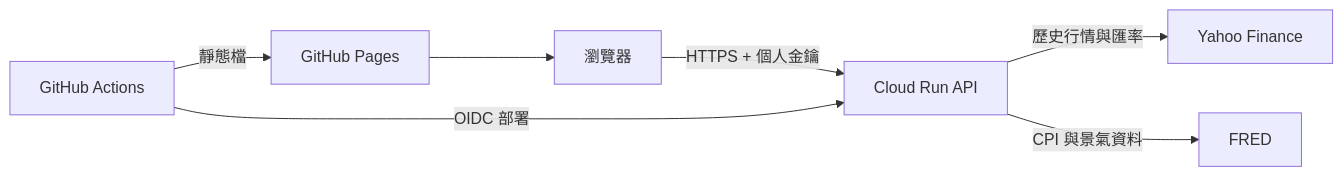
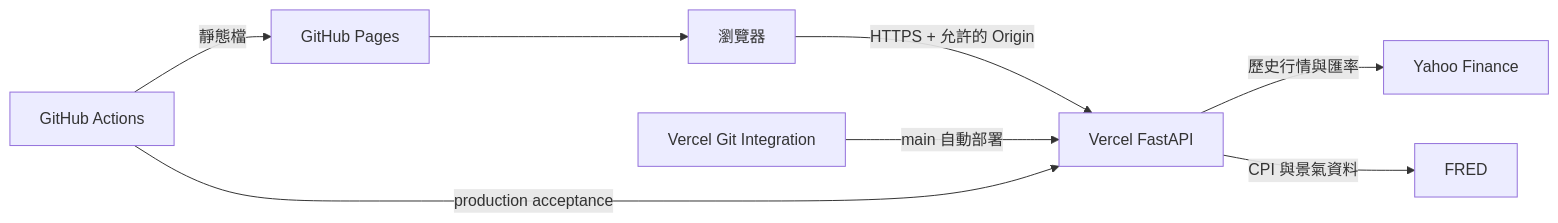
The diagram in docs/ARCHITECTURE.md (chihung1024/backtest), drawn with Mermaid before and after one commit. The commit also changed other lines of this file and 15 other files, not shown here.

First line of the commit message:
feat: migrate FastAPI backend to zero-cost Vercel Hobby

````diff
--- a/docs/ARCHITECTURE.md
+++ b/docs/ARCHITECTURE.md
@@ -5,9 +5,10 @@
 ```mermaid
 flowchart LR
-    U[瀏覽器] -->|HTTPS + 個人金鑰| A[Cloud Run API]
+    U[瀏覽器] -->|HTTPS + 允許的 Origin| A[Vercel FastAPI]
     A -->|歷史行情與匯率| Y[Yahoo Finance]
     A -->|CPI 與景氣資料| F[FRED]
     G[GitHub Actions] -->|靜態檔| P[GitHub Pages]
-    G -->|OIDC 部署| A
+    V[Vercel Git Integration] -->|main 自動部署| A
+    G -->|production acceptance| A
     P --> U
 ```
````
